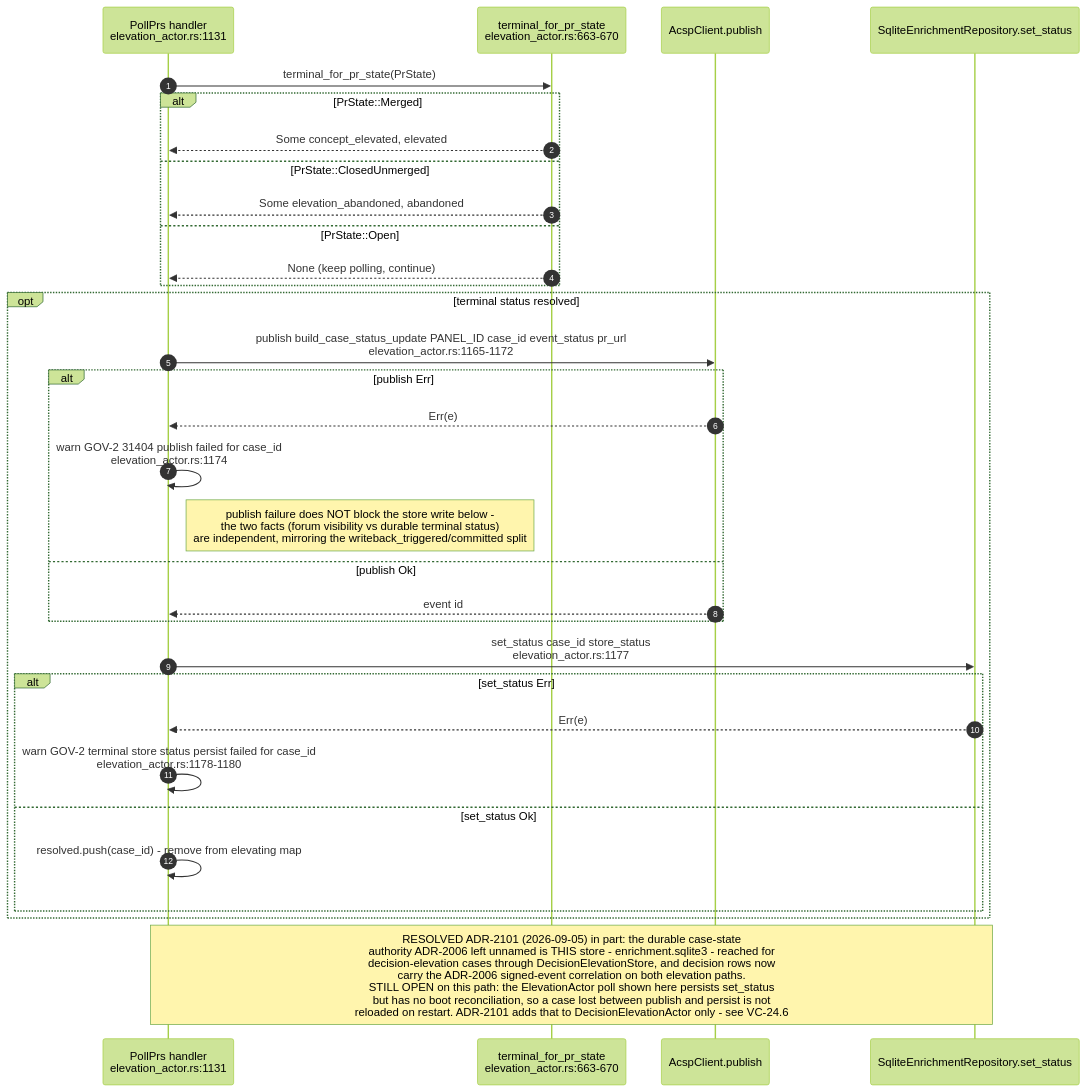
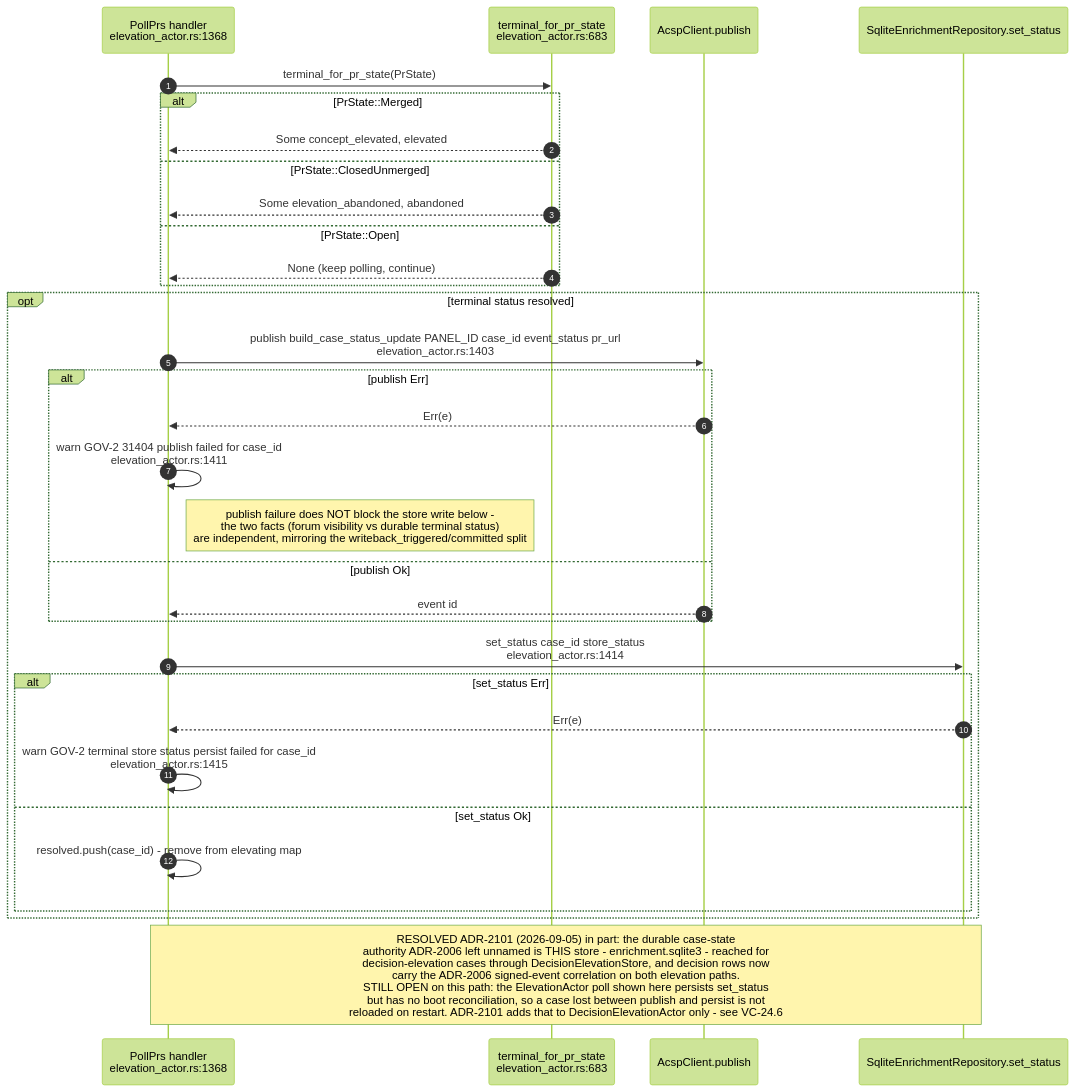
One commit to DreamLab-AI/VisionFlow changed the fifth of 11 diagrams in docs/diagrams/visionclaw/24-acsp-decision-elevation.md. Above: the diagram before and after it, drawn with Mermaid (forest theme). The commit also changed other lines of this file and 32 other files, not shown here.

````diff
--- a/docs/diagrams/visionclaw/24-acsp-decision-elevation.md
+++ b/docs/diagrams/visionclaw/24-acsp-decision-elevation.md
@@ -188,34 +201,34 @@
 ```mermaid
 sequenceDiagram
     autonumber
-    participant POLL as PollPrs handler<br/>elevation_actor.rs:1131
-    participant MAP as terminal_for_pr_state<br/>elevation_actor.rs:663-670
+    participant POLL as PollPrs handler<br/>elevation_actor.rs:1368
+    participant MAP as terminal_for_pr_state<br/>elevation_actor.rs:683
     participant ACSP as AcspClient.publish
     participant REPO as SqliteEnrichmentRepository.set_status
     POLL->>MAP: terminal_for_pr_state(PrState)
     alt PrState::Merged
         MAP-->>POLL: Some concept_elevated, elevated
     else PrState::ClosedUnmerged
         MAP-->>POLL: Some elevation_abandoned, abandoned
     else PrState::Open
         MAP-->>POLL: None (keep polling, continue)
     end
     opt terminal status resolved
-        POLL->>ACSP: publish build_case_status_update PANEL_ID case_id event_status pr_url<br/>elevation_actor.rs:1165-1172
+        POLL->>ACSP: publish build_case_status_update PANEL_ID case_id event_status pr_url<br/>elevation_actor.rs:1403
         alt publish Err
             ACSP-->>POLL: Err(e)
-            POLL->>POLL: warn GOV-2 31404 publish failed for case_id<br/>elevation_actor.rs:1174
+            POLL->>POLL: warn GOV-2 31404 publish failed for case_id<br/>elevation_actor.rs:1411
             Note right of POLL: publish failure does NOT block the store write below -<br/>the two facts (forum visibility vs durable terminal status)<br/>are independent, mirroring the writeback_triggered/committed split
         else publish Ok
             ACSP-->>POLL: event id
         end
-        POLL->>REPO: set_status case_id store_status<br/>elevation_actor.rs:1177
+        POLL->>REPO: set_status case_id store_status<br/>elevation_actor.rs:1414
         alt set_status Err
             REPO-->>POLL: Err(e)
-            POLL->>POLL: warn GOV-2 terminal store status persist failed for case_id<br/>elevation_actor.rs:1178-1180
+            POLL->>POLL: warn GOV-2 terminal store status persist failed for case_id<br/>elevation_actor.rs:1415
         else set_status Ok
             POLL->>POLL: resolved.push(case_id) - remove from elevating map
         end
     end
     Note over POLL,REPO: RESOLVED ADR-2101 (2026-09-05) in part: the durable case-state<br/>authority ADR-2006 left unnamed is THIS store - enrichment.sqlite3 - reached for<br/>decision-elevation cases through DecisionElevationStore, and decision rows now<br/>carry the ADR-2006 signed-event correlation on both elevation paths.<br/>STILL OPEN on this path: the ElevationActor poll shown here persists set_status<br/>but has no boot reconciliation, so a case lost between publish and persist is not<br/>reloaded on restart. ADR-2101 adds that to DecisionElevationActor only - see VC-24.6
 ```
````
